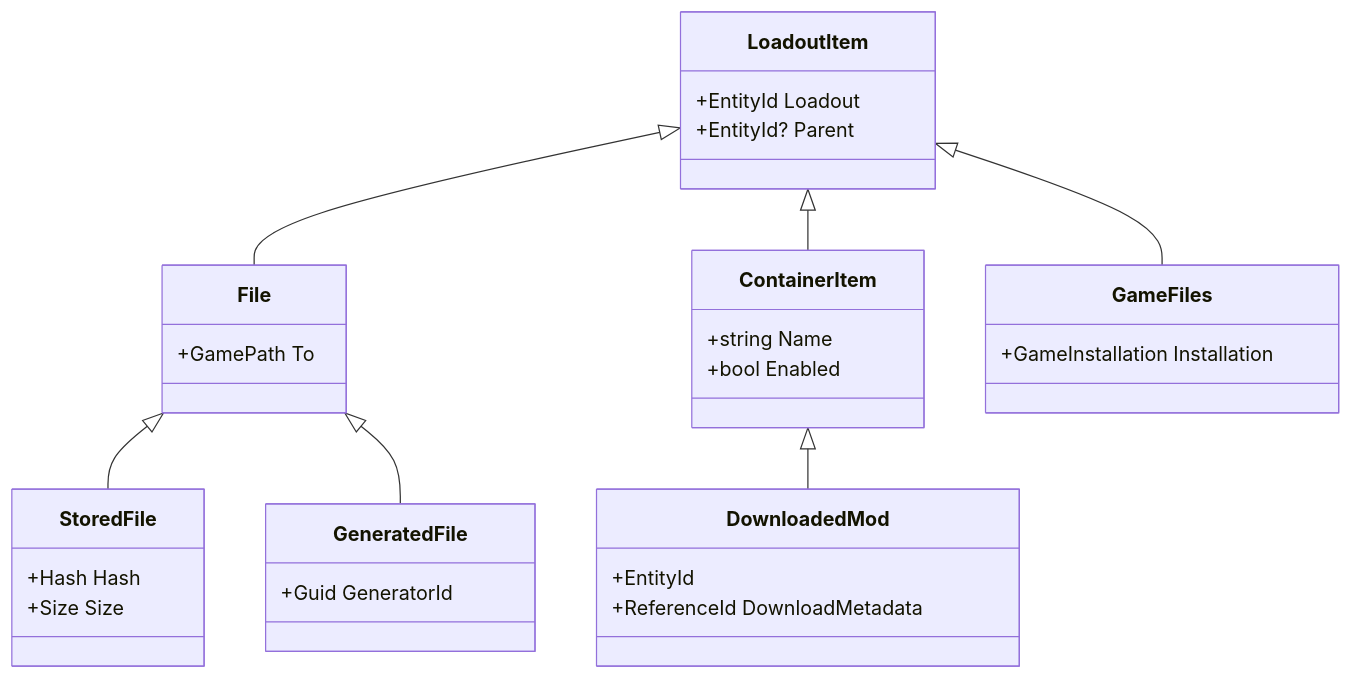
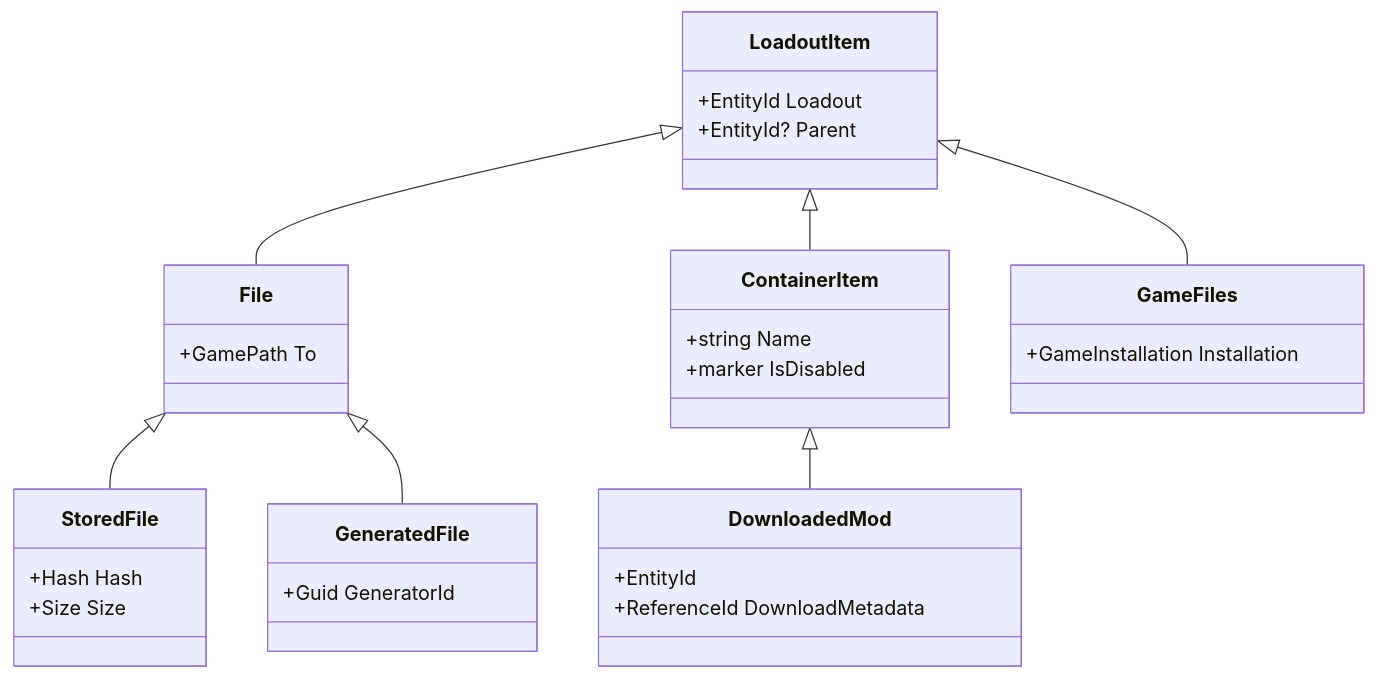
Before and after one commit to Nexus-Mods/NexusMods.App: the diagram in docs/developers/decisions/backend/0014-loadout-items.md, drawn with Mermaid. The commit also changed other lines of this file, not shown here.

````diff
--- a/docs/developers/decisions/backend/0014-loadout-items.md
+++ b/docs/developers/decisions/backend/0014-loadout-items.md
@@ -28,44 +28,44 @@
 ```mermaid
 
 classDiagram
     class LoadoutItem {
         +EntityId Loadout
         +EntityId? Parent
     }
     
 
     class File {
         +GamePath To
     }
 
     class StoredFile {
         +Hash Hash
         +Size Size
     }
 
     class GeneratedFile {
         +Guid GeneratorId
     }
     
     class ContainerItem {
         +string Name
-        +bool Enabled
+        +marker IsDisabled
     }
     
     class DownloadedMod {
         +EntityId
         +ReferenceId DownloadMetadata
     }
     
     class GameFiles {
          +GameInstallation Installation
     }
 
     LoadoutItem <|-- File
     File <|-- StoredFile
     File <|-- GeneratedFile
     ContainerItem <|-- DownloadedMod
     LoadoutItem <|-- GameFiles
     LoadoutItem <|-- ContainerItem
 
 ```
````
